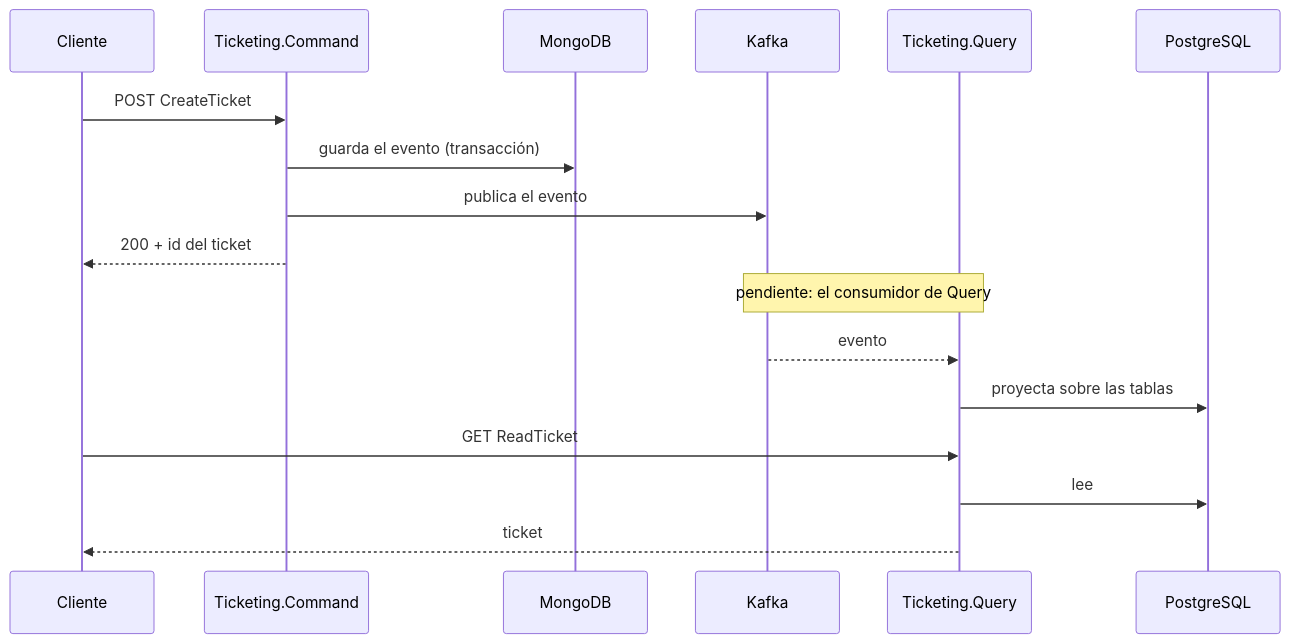
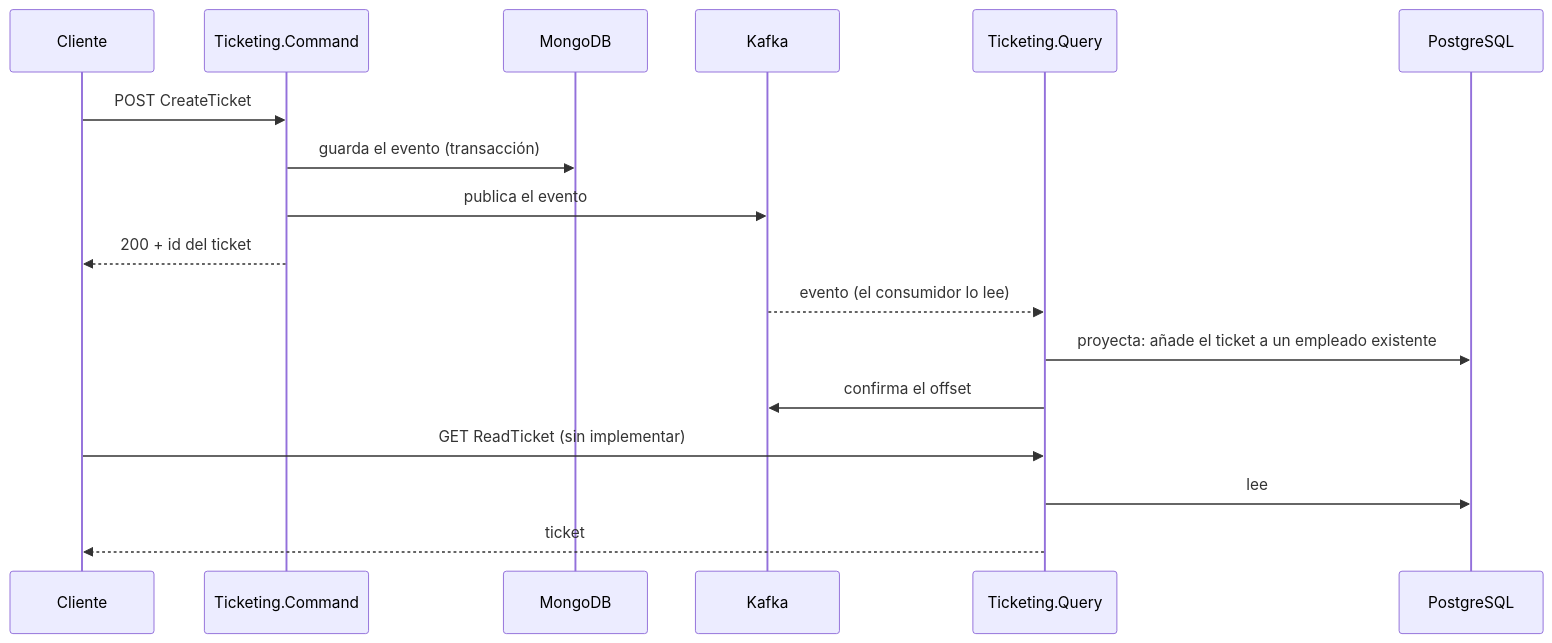
Before and after one commit to rubendevvalencia/BackendPortfolio: the second of 2 diagrams in Microservices-Events/docs/arquitectura.md, drawn with Mermaid. The commit also changed other lines of this file and 15 other files, not shown here.

````diff
--- a/Microservices-Events/docs/arquitectura.md
+++ b/Microservices-Events/docs/arquitectura.md
@@ -105,20 +108,20 @@
 ```mermaid
 sequenceDiagram
     participant C as Cliente
     participant CMD as Ticketing.Command
     participant M as MongoDB
     participant K as Kafka
     participant QRY as Ticketing.Query
     participant P as PostgreSQL
 
     C->>CMD: POST CreateTicket
     CMD->>M: guarda el evento (transacción)
     CMD->>K: publica el evento
     CMD-->>C: 200 + id del ticket
-    Note over K,QRY: pendiente: el consumidor de Query
-    K-->>QRY: evento
-    QRY->>P: proyecta sobre las tablas
-    C->>QRY: GET ReadTicket
+    K-->>QRY: evento (el consumidor lo lee)
+    QRY->>P: proyecta: añade el ticket a un empleado existente
+    QRY->>K: confirma el offset
+    C->>QRY: GET ReadTicket (sin implementar)
     QRY->>P: lee
     QRY-->>C: ticket
 ```
````
